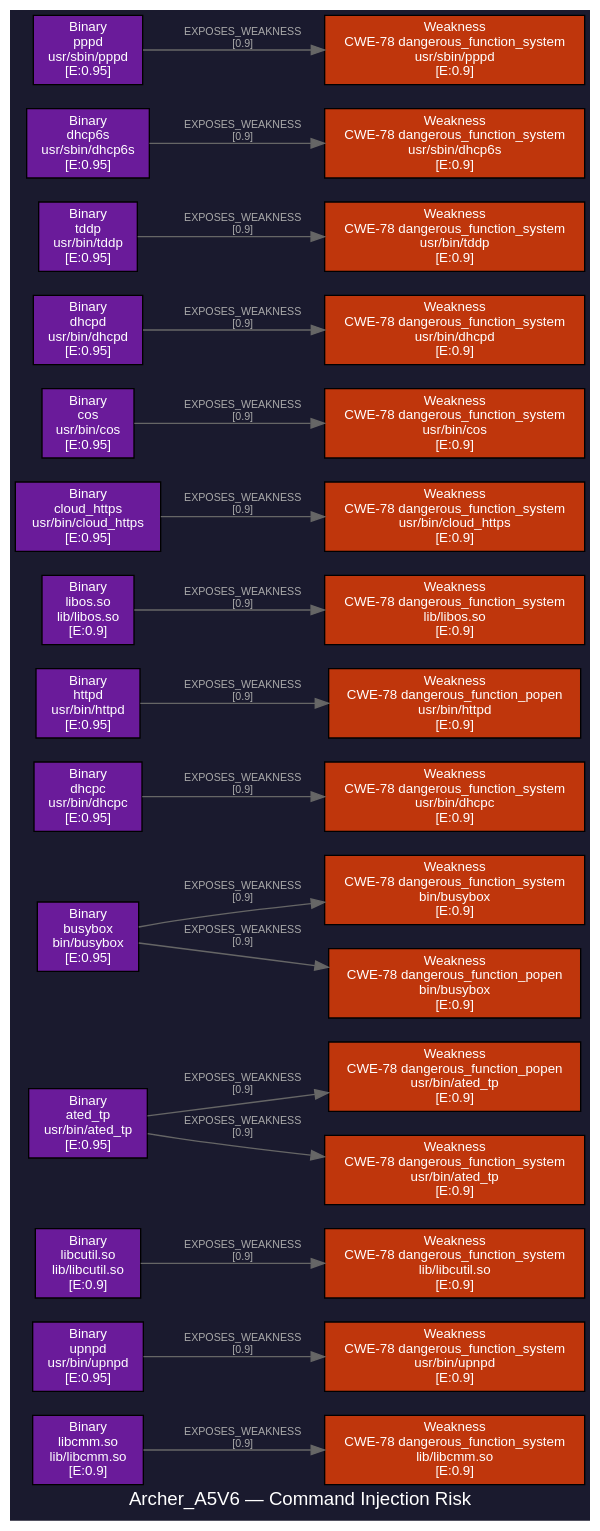
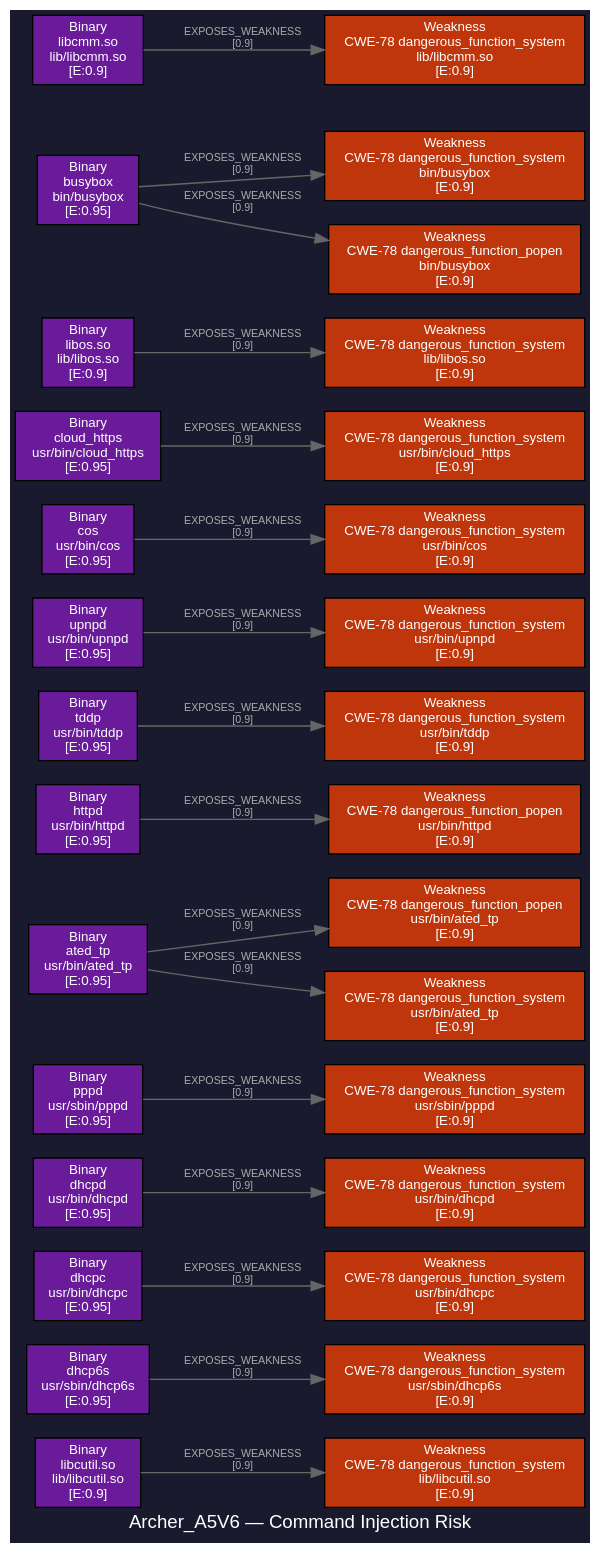
Before and after one commit to masjadaan/fw-inspector: the diagram in analysis/Archer_A5V6/attack_surface/graph_command_injection.dot, drawn with Graphviz. The commit also changed other lines of this file and 14 other files, not shown here.

```diff
--- a/analysis/Archer_A5V6/attack_surface/graph_command_injection.dot
+++ b/analysis/Archer_A5V6/attack_surface/graph_command_injection.dot
@@ -1,84 +1,84 @@
 digraph AttackSurface {
   label="Archer_A5V6 — Command Injection Risk";
   graph [rankdir=LR fontname="Helvetica" bgcolor="#1a1a2e" labelfontcolor=white fontcolor=white];
   node [style=filled fontname="Helvetica" fontsize=10 fontcolor=white shape=box];
   edge [fontname="Helvetica" fontsize=8 fontcolor="#aaaaaa" color="#666666"];
 
-  "b3a361ef-f008-5363-a2ca-df147e388d50" [label="Binary\nlibcmm.so
-lib/libcmm.so\n[E:0.9]" fillcolor="#6a1b9a"];
+  "8ef621eb-fb2c-58e5-b3c3-c7094104aa47" [label="Binary\nlibcutil.so
+lib/libcutil.so\n[E:0.9]" fillcolor="#6a1b9a"];
+  "4d15d81b-0c9c-5b9a-b392-74ae51eadec9" [label="Binary\ndhcp6s
+usr/sbin/dhcp6s\n[E:0.95]" fillcolor="#6a1b9a"];
+  "95df3199-b3ad-55e1-9f46-15f3e74a7188" [label="Binary\ndhcpc
+usr/bin/dhcpc\n[E:0.95]" fillcolor="#6a1b9a"];
+  "d5a951f8-3791-5952-af13-363619a8b4da" [label="Weakness\nCWE-78 dangerous_function_system
+usr/bin/dhcpd\n[E:0.9]" fillcolor="#bf360c"];
+  "52002ad8-bb5c-5b98-93dd-6ffc388e17e1" [label="Binary\npppd
+usr/sbin/pppd\n[E:0.95]" fillcolor="#6a1b9a"];
+  "95a7f4ae-78bf-5bbe-a3d5-2a1f73e29715" [label="Binary\nated_tp
+usr/bin/ated_tp\n[E:0.95]" fillcolor="#6a1b9a"];
+  "eb3d10d8-9712-5716-af22-a57f3fb4b815" [label="Weakness\nCWE-78 dangerous_function_popen
+usr/bin/httpd\n[E:0.9]" fillcolor="#bf360c"];
+  "eed87768-cea3-5e09-a6dc-d88882b3ae8f" [label="Binary\ntddp
+usr/bin/tddp\n[E:0.95]" fillcolor="#6a1b9a"];
   "f3f76c3f-8ec0-5a7d-93a5-718c622aaeaa" [label="Binary\nupnpd
 usr/bin/upnpd\n[E:0.95]" fillcolor="#6a1b9a"];
-  "8ef621eb-fb2c-58e5-b3c3-c7094104aa47" [label="Binary\nlibcutil.so
-lib/libcutil.so\n[E:0.9]" fillcolor="#6a1b9a"];
-  "95a7f4ae-78bf-5bbe-a3d5-2a1f73e29715" [label="Binary\nated_tp
-usr/bin/ated_tp\n[E:0.95]" fillcolor="#6a1b9a"];
-  "6debcc39-594f-52f0-b414-6419a448ec7d" [label="Binary\nbusybox
-bin/busybox\n[E:0.95]" fillcolor="#6a1b9a"];
-  "95df3199-b3ad-55e1-9f46-15f3e74a7188" [label="Binary\ndhcpc
-usr/bin/dhcpc\n[E:0.95]" fillcolor="#6a1b9a"];
-  "eb3d10d8-9712-5716-af22-a57f3fb4b815" [label="Weakness\nCWE-78 dangerous_function_popen
-usr/bin/httpd\n[E:0.9]" fillcolor="#bf360c"];
+  "fd674ed4-6442-5d47-b04e-b308eb5212e1" [label="Binary\ncos
+usr/bin/cos\n[E:0.95]" fillcolor="#6a1b9a"];
+  "6952c9ae-58eb-5f21-8c69-d80127aafa00" [label="Weakness\nCWE-78 dangerous_function_system
+usr/bin/cloud_https\n[E:0.9]" fillcolor="#bf360c"];
+  "a66bd671-7708-50d2-b6f3-524de4a36c8f" [label="Weakness\nCWE-78 dangerous_function_system
+usr/bin/tddp\n[E:0.9]" fillcolor="#bf360c"];
   "658a9789-ed3c-55e4-b203-3b66f48654cc" [label="Weakness\nCWE-78 dangerous_function_popen
+usr/bin/ated_tp\n[E:0.9]" fillcolor="#bf360c"];
+  "8b994070-36f2-5fa4-a1ee-5d8460bab50d" [label="Weakness\nCWE-78 dangerous_function_system
 usr/bin/ated_tp\n[E:0.9]" fillcolor="#bf360c"];
   "353f2723-5281-5bc2-b978-44590438eff4" [label="Binary\nlibos.so
 lib/libos.so\n[E:0.9]" fillcolor="#6a1b9a"];
+  "980e38b5-752a-5a79-bf39-dc0cf803f8d5" [label="Weakness\nCWE-78 dangerous_function_system
+bin/busybox\n[E:0.9]" fillcolor="#bf360c"];
   "08f313dc-c734-5b34-802b-4a44bdd89a2a" [label="Weakness\nCWE-78 dangerous_function_system
 lib/libos.so\n[E:0.9]" fillcolor="#bf360c"];
+  "1803129a-5eed-55a0-a413-d23bccc6bea2" [label="Weakness\nCWE-78 dangerous_function_system
+usr/bin/cos\n[E:0.9]" fillcolor="#bf360c"];
+  "4dc53652-b6dd-5e04-b729-606881df03b8" [label="Binary\nhttpd
+usr/bin/httpd\n[E:0.95]" fillcolor="#6a1b9a"];
+  "6debcc39-594f-52f0-b414-6419a448ec7d" [label="Binary\nbusybox
+bin/busybox\n[E:0.95]" fillcolor="#6a1b9a"];
+  "f4411e02-c26d-5fa4-a3a4-7f5262770cc6" [label="Binary\ncloud_https
+usr/bin/cloud_https\n[E:0.95]" fillcolor="#6a1b9a"];
+  "116cfb7e-a6ff-5960-a21d-7ccb5a7b6f9c" [label="Binary\ndhcpd
+usr/bin/dhcpd\n[E:0.95]" fillcolor="#6a1b9a"];
+  "f401bcbe-1310-53e2-8615-9940c1012e15" [label="Weakness\nCWE-78 dangerous_function_system
+lib/libcutil.so\n[E:0.9]" fillcolor="#bf360c"];
   "b71baef7-e07e-5985-9a00-87f8f94fc8a8" [label="Weakness\nCWE-78 dangerous_function_system
 usr/bin/dhcpc\n[E:0.9]" fillcolor="#bf360c"];
-  "f4411e02-c26d-5fa4-a3a4-7f5262770cc6" [label="Binary\ncloud_https
-usr/bin/cloud_https\n[E:0.95]" fillcolor="#6a1b9a"];
-  "fd674ed4-6442-5d47-b04e-b308eb5212e1" [label="Binary\ncos
-usr/bin/cos\n[E:0.95]" fillcolor="#6a1b9a"];
+  "ec38f6ab-4d67-55e7-b0f0-59d3eff57db4" [label="Weakness\nCWE-78 dangerous_function_system
+usr/bin/upnpd\n[E:0.9]" fillcolor="#bf360c"];
+  "b68347b6-858a-5267-a6e5-491c2c706d5b" [label="Weakness\nCWE-78 dangerous_function_popen
+bin/busybox\n[E:0.9]" fillcolor="#bf360c"];
+  "8ae7c117-84ff-5b9f-9f6a-f20bd510343f" [label="Weakness\nCWE-78 dangerous_function_system
+usr/sbin/pppd\n[E:0.9]" fillcolor="#bf360c"];
+  "b7bd25e2-15b2-5a4d-b8d1-b78162f25e65" [label="Weakness\nCWE-78 dangerous_function_system
+usr/sbin/dhcp6s\n[E:0.9]" fillcolor="#bf360c"];
   "39cb52ec-1ea7-502d-a118-f5d3e4fed2ec" [label="Weakness\nCWE-78 dangerous_function_system
 lib/libcmm.so\n[E:0.9]" fillcolor="#bf360c"];
-  "8b994070-36f2-5fa4-a1ee-5d8460bab50d" [label="Weakness\nCWE-78 dangerous_function_system
-usr/bin/ated_tp\n[E:0.9]" fillcolor="#bf360c"];
-  "1803129a-5eed-55a0-a413-d23bccc6bea2" [label="Weakness\nCWE-78 dangerous_function_system
-usr/bin/cos\n[E:0.9]" fillcolor="#bf360c"];
-  "116cfb7e-a6ff-5960-a21d-7ccb5a7b6f9c" [label="Binary\ndhcpd
-usr/bin/dhcpd\n[E:0.95]" fillcolor="#6a1b9a"];
-  "a66bd671-7708-50d2-b6f3-524de4a36c8f" [label="Weakness\nCWE-78 dangerous_function_system
-usr/bin/tddp\n[E:0.9]" fillcolor="#bf360c"];
-  "b7bd25e2-15b2-5a4d-b8d1-b78162f25e65" [label="Weakness\nCWE-78 dangerous_function_system
-usr/sbin/dhcp6s\n[E:0.9]" fillcolor="#bf360c"];
-  "980e38b5-752a-5a79-bf39-dc0cf803f8d5" [label="Weakness\nCWE-78 dangerous_function_system
-bin/busybox\n[E:0.9]" fillcolor="#bf360c"];
-  "6952c9ae-58eb-5f21-8c69-d80127aafa00" [label="Weakness\nCWE-78 dangerous_function_system
-usr/bin/cloud_https\n[E:0.9]" fillcolor="#bf360c"];
-  "8ae7c117-84ff-5b9f-9f6a-f20bd510343f" [label="Weakness\nCWE-78 dangerous_function_system
-usr/sbin/pppd\n[E:0.9]" fillcolor="#bf360c"];
-  "4dc53652-b6dd-5e04-b729-606881df03b8" [label="Binary\nhttpd
-usr/bin/httpd\n[E:0.95]" fillcolor="#6a1b9a"];
-  "eed87768-cea3-5e09-a6dc-d88882b3ae8f" [label="Binary\ntddp
-usr/bin/tddp\n[E:0.95]" fillcolor="#6a1b9a"];
-  "4d15d81b-0c9c-5b9a-b392-74ae51eadec9" [label="Binary\ndhcp6s
-usr/sbin/dhcp6s\n[E:0.95]" fillcolor="#6a1b9a"];
-  "52002ad8-bb5c-5b98-93dd-6ffc388e17e1" [label="Binary\npppd
-usr/sbin/pppd\n[E:0.95]" fillcolor="#6a1b9a"];
-  "b68347b6-858a-5267-a6e5-491c2c706d5b" [label="Weakness\nCWE-78 dangerous_function_popen
-bin/busybox\n[E:0.9]" fillcolor="#bf360c"];
-  "d5a951f8-3791-5952-af13-363619a8b4da" [label="Weakness\nCWE-78 dangerous_function_system
-usr/bin/dhcpd\n[E:0.9]" fillcolor="#bf360c"];
-  "f401bcbe-1310-53e2-8615-9940c1012e15" [label="Weakness\nCWE-78 dangerous_function_system
-lib/libcutil.so\n[E:0.9]" fillcolor="#bf360c"];
-  "ec38f6ab-4d67-55e7-b0f0-59d3eff57db4" [label="Weakness\nCWE-78 dangerous_function_system
-usr/bin/upnpd\n[E:0.9]" fillcolor="#bf360c"];
+  "b3a361ef-f008-5363-a2ca-df147e388d50" [label="Binary\nlibcmm.so
+lib/libcmm.so\n[E:0.9]" fillcolor="#6a1b9a"];
 
   "6debcc39-594f-52f0-b414-6419a448ec7d" -> "b68347b6-858a-5267-a6e5-491c2c706d5b" [label="EXPOSES_WEAKNESS\n[0.9]" style=solid];
   "6debcc39-594f-52f0-b414-6419a448ec7d" -> "980e38b5-752a-5a79-bf39-dc0cf803f8d5" [label="EXPOSES_WEAKNESS\n[0.9]" style=solid];
   "b3a361ef-f008-5363-a2ca-df147e388d50" -> "39cb52ec-1ea7-502d-a118-f5d3e4fed2ec" [label="EXPOSES_WEAKNESS\n[0.9]" style=solid];
   "8ef621eb-fb2c-58e5-b3c3-c7094104aa47" -> "f401bcbe-1310-53e2-8615-9940c1012e15" [label="EXPOSES_WEAKNESS\n[0.9]" style=solid];
   "353f2723-5281-5bc2-b978-44590438eff4" -> "08f313dc-c734-5b34-802b-4a44bdd89a2a" [label="EXPOSES_WEAKNESS\n[0.9]" style=solid];
   "95a7f4ae-78bf-5bbe-a3d5-2a1f73e29715" -> "658a9789-ed3c-55e4-b203-3b66f48654cc" [label="EXPOSES_WEAKNESS\n[0.9]" style=solid];
   "95a7f4ae-78bf-5bbe-a3d5-2a1f73e29715" -> "8b994070-36f2-5fa4-a1ee-5d8460bab50d" [label="EXPOSES_WEAKNESS\n[0.9]" style=solid];
   "f4411e02-c26d-5fa4-a3a4-7f5262770cc6" -> "6952c9ae-58eb-5f21-8c69-d80127aafa00" [label="EXPOSES_WEAKNESS\n[0.9]" style=solid];
   "fd674ed4-6442-5d47-b04e-b308eb5212e1" -> "1803129a-5eed-55a0-a413-d23bccc6bea2" [label="EXPOSES_WEAKNESS\n[0.9]" style=solid];
   "95df3199-b3ad-55e1-9f46-15f3e74a7188" -> "b71baef7-e07e-5985-9a00-87f8f94fc8a8" [label="EXPOSES_WEAKNESS\n[0.9]" style=solid];
   "116cfb7e-a6ff-5960-a21d-7ccb5a7b6f9c" -> "d5a951f8-3791-5952-af13-363619a8b4da" [label="EXPOSES_WEAKNESS\n[0.9]" style=solid];
   "4dc53652-b6dd-5e04-b729-606881df03b8" -> "eb3d10d8-9712-5716-af22-a57f3fb4b815" [label="EXPOSES_WEAKNESS\n[0.9]" style=solid];
   "eed87768-cea3-5e09-a6dc-d88882b3ae8f" -> "a66bd671-7708-50d2-b6f3-524de4a36c8f" [label="EXPOSES_WEAKNESS\n[0.9]" style=solid];
   "f3f76c3f-8ec0-5a7d-93a5-718c622aaeaa" -> "ec38f6ab-4d67-55e7-b0f0-59d3eff57db4" [label="EXPOSES_WEAKNESS\n[0.9]" style=solid];
   "4d15d81b-0c9c-5b9a-b392-74ae51eadec9" -> "b7bd25e2-15b2-5a4d-b8d1-b78162f25e65" [label="EXPOSES_WEAKNESS\n[0.9]" style=solid];
   "52002ad8-bb5c-5b98-93dd-6ffc388e17e1" -> "8ae7c117-84ff-5b9f-9f6a-f20bd510343f" [label="EXPOSES_WEAKNESS\n[0.9]" style=solid];
 }
```
